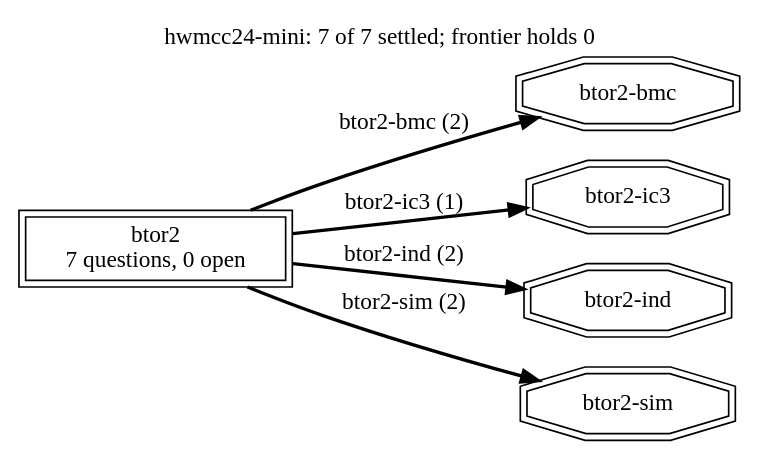
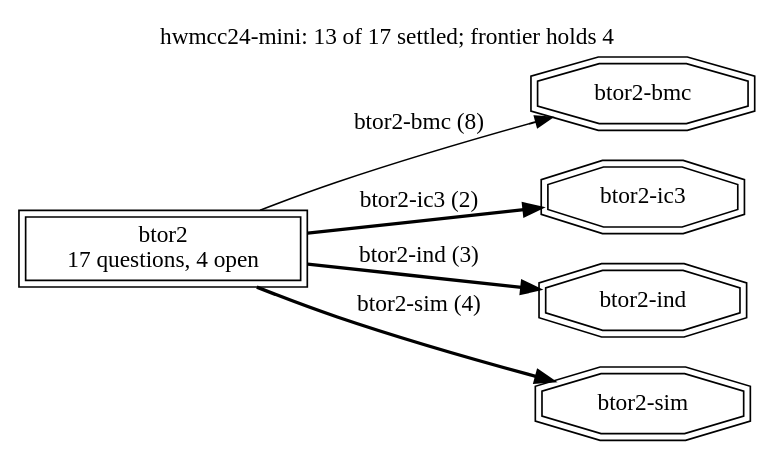
Before and after one commit to cksystemsgroup/hurdy-gurdy: the diagram in runs/hwmcc24-mini/frontier.dot, drawn with Graphviz. The commit also changed 13 other files, not shown here.

```diff
--- a/runs/hwmcc24-mini/frontier.dot
+++ b/runs/hwmcc24-mini/frontier.dot
@@ -1,14 +1,14 @@
 digraph "hwmcc24-mini" {
   rankdir=LR; labelloc=t;
-  label="hwmcc24-mini: 7 of 7 settled; frontier holds 0";
+  label="hwmcc24-mini: 13 of 17 settled; frontier holds 4";
   node [shape=box];
-  "btor2" [peripheries=2, label="btor2\n7 questions, 0 open"];
+  "btor2" [peripheries=2, label="btor2\n17 questions, 4 open"];
   "terminal:btor2-bmc" [shape=doubleoctagon, label="btor2-bmc"];
-  "btor2" -> "terminal:btor2-bmc" [style=bold, label="btor2-bmc (2)"];
+  "btor2" -> "terminal:btor2-bmc" [style=solid, label="btor2-bmc (8)"];
   "terminal:btor2-ic3" [shape=doubleoctagon, label="btor2-ic3"];
-  "btor2" -> "terminal:btor2-ic3" [style=bold, label="btor2-ic3 (1)"];
+  "btor2" -> "terminal:btor2-ic3" [style=bold, label="btor2-ic3 (2)"];
   "terminal:btor2-ind" [shape=doubleoctagon, label="btor2-ind"];
-  "btor2" -> "terminal:btor2-ind" [style=bold, label="btor2-ind (2)"];
+  "btor2" -> "terminal:btor2-ind" [style=bold, label="btor2-ind (3)"];
   "terminal:btor2-sim" [shape=doubleoctagon, label="btor2-sim"];
-  "btor2" -> "terminal:btor2-sim" [style=bold, label="btor2-sim (2)"];
+  "btor2" -> "terminal:btor2-sim" [style=bold, label="btor2-sim (4)"];
 }
```
